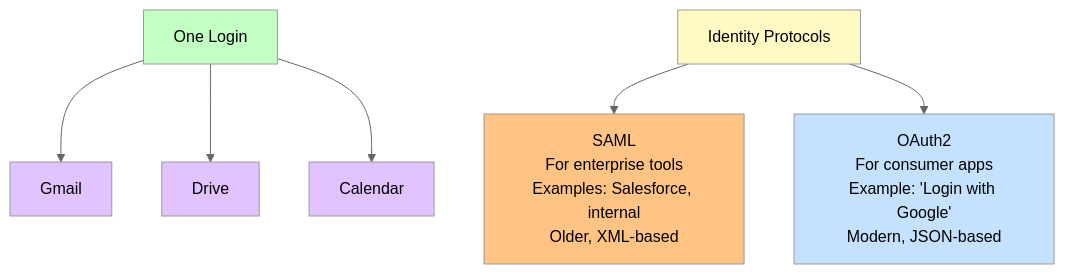
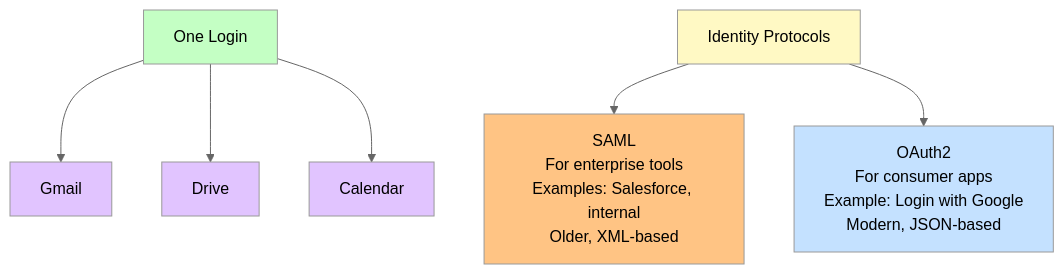
One commit to jtombo45/SeniorEngineerRoadmap changed the sixth of 6 diagrams in Authenication/README.md. Above: the diagram before and after it, drawn with Mermaid (neutral theme). The commit also changed other lines of this file, not shown here.

````diff
--- a/Authenication/README.md
+++ b/Authenication/README.md
@@ -394,18 +394,18 @@
 ```mermaid
 flowchart TD
     A[One Login] --> B[Gmail]
     A --> C[Drive]
     A --> D[Calendar]
     
     E[Identity Protocols]
-    E --> F["SAML<br/>For enterprise tools<br/>Examples: Salesforce, internal<br/>Older, XML-based"]
-    E --> G["OAuth2<br/>For consumer apps<br/>Example: 'Login with Google'<br/>Modern, JSON-based"]
+    E --> F[SAML<br/>For enterprise tools<br/>Examples: Salesforce, internal<br/>Older, XML-based]
+    E --> G[OAuth2<br/>For consumer apps<br/>Example: Login with Google<br/>Modern, JSON-based]
     
     style A fill:#c4ffc4
     style B fill:#e1c4ff
     style C fill:#e1c4ff
     style D fill:#e1c4ff
     style E fill:#fff9c4
     style F fill:#ffc484
     style G fill:#c4e1ff
 ```
````
